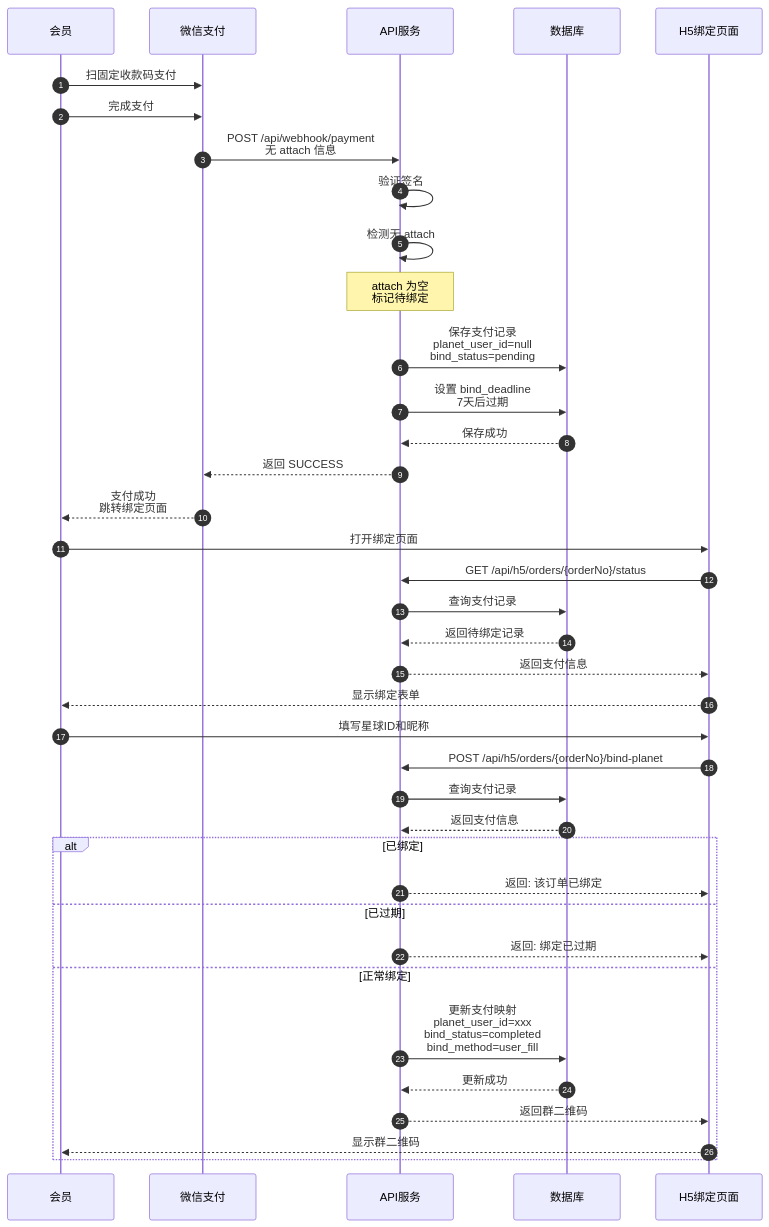
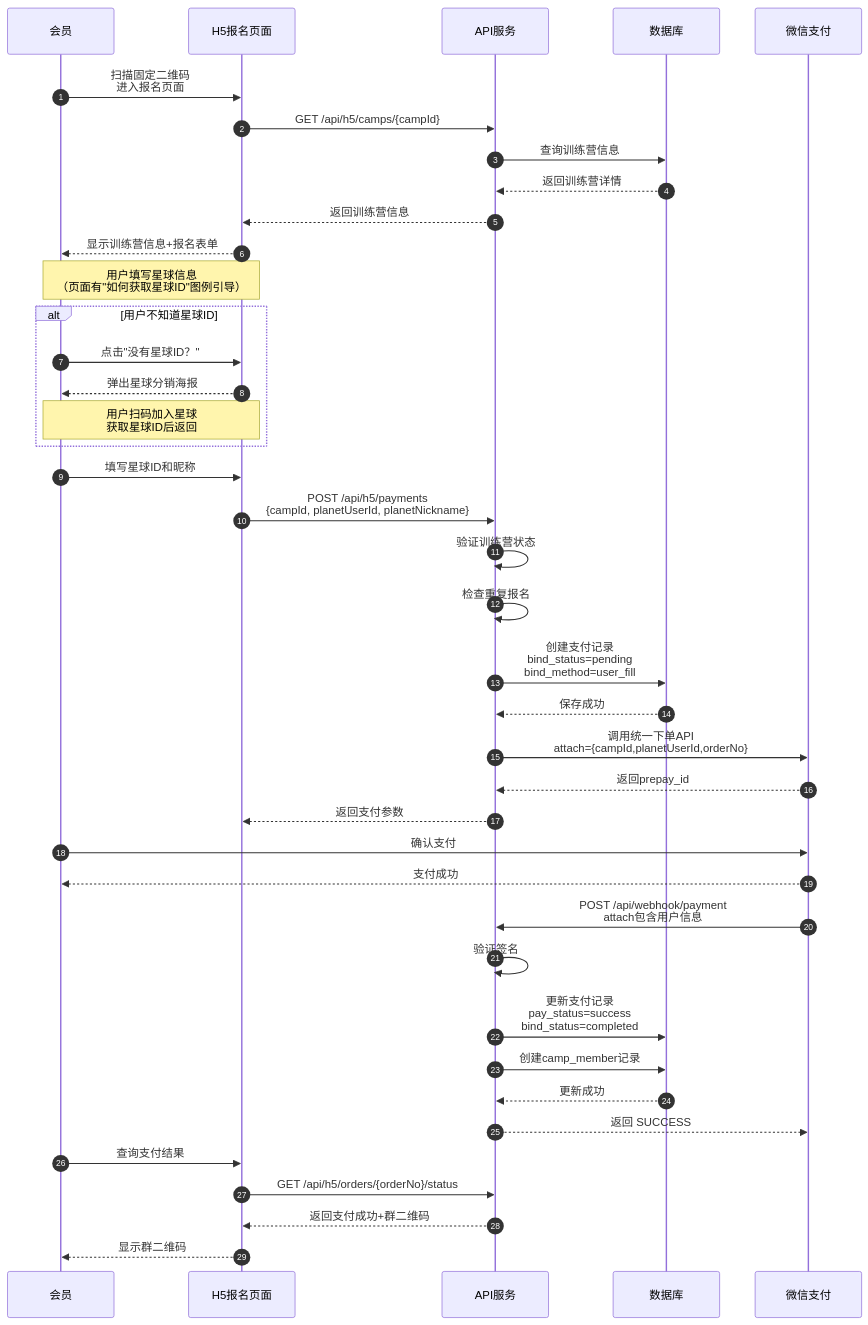
Before and after one commit to yiancode/AutoDepositRefundAgent: the first of 12 diagrams in docs/v1/diagrams/时序图.md, drawn with Mermaid. The commit also changed other lines of this file and 3 other files, not shown here.

````diff
--- a/docs/v1/diagrams/时序图.md
+++ b/docs/v1/diagrams/时序图.md
@@ -17,45 +20,49 @@
 ```mermaid
 sequenceDiagram
     autonumber
     participant M as 会员
-    participant WX as 微信支付
+    participant H5 as H5报名页面
     participant API as API服务
     participant DB as 数据库
-    participant H5 as H5绑定页面
+    participant WX as 微信支付
 
-    M->>WX: 扫固定收款码支付
-    M->>WX: 完成支付
-    WX->>API: POST /api/webhook/payment<br/>无 attach 信息
+    M->>H5: 扫描固定二维码<br/>进入报名页面
+    H5->>API: GET /api/h5/camps/{campId}
+    API->>DB: 查询训练营信息
+    DB-->>API: 返回训练营详情
+    API-->>H5: 返回训练营信息
+    H5-->>M: 显示训练营信息+报名表单
+
+    Note over M,H5: 用户填写星球信息<br/>（页面有"如何获取星球ID"图例引导）
+
+    alt 用户不知道星球ID
+        M->>H5: 点击"没有星球ID？"
+        H5-->>M: 弹出星球分销海报
+        Note over M,H5: 用户扫码加入星球<br/>获取星球ID后返回
+    end
+
+    M->>H5: 填写星球ID和昵称
+    H5->>API: POST /api/h5/payments<br/>{campId, planetUserId, planetNickname}
+    API->>API: 验证训练营状态
+    API->>API: 检查重复报名
+    API->>DB: 创建支付记录<br/>bind_status=pending<br/>bind_method=user_fill
+    DB-->>API: 保存成功
+    API->>WX: 调用统一下单API<br/>attach={campId,planetUserId,orderNo}
+    WX-->>API: 返回prepay_id
+    API-->>H5: 返回支付参数
+
+    M->>WX: 确认支付
+    WX-->>M: 支付成功
+
+    WX->>API: POST /api/webhook/payment<br/>attach包含用户信息
     API->>API: 验证签名
-    API->>API: 检测无 attach
-    Note over API: attach 为空<br/>标记待绑定
-
-    API->>DB: 保存支付记录<br/>planet_user_id=null<br/>bind_status=pending
-    API->>DB: 设置 bind_deadline<br/>7天后过期
-    DB-->>API: 保存成功
+    API->>DB: 更新支付记录<br/>pay_status=success<br/>bind_status=completed
+    API->>DB: 创建camp_member记录
+    DB-->>API: 更新成功
     API-->>WX: 返回 SUCCESS
 
-    WX-->>M: 支付成功<br/>跳转绑定页面
-    M->>H5: 打开绑定页面
+    M->>H5: 查询支付结果
     H5->>API: GET /api/h5/orders/{orderNo}/status
-    API->>DB: 查询支付记录
-    DB-->>API: 返回待绑定记录
-    API-->>H5: 返回支付信息
-    H5-->>M: 显示绑定表单
-
-    M->>H5: 填写星球ID和昵称
-    H5->>API: POST /api/h5/orders/{orderNo}/bind-planet
-    API->>DB: 查询支付记录
-    DB-->>API: 返回支付信息
-
-    alt 已绑定
-        API-->>H5: 返回: 该订单已绑定
-    else 已过期
-        API-->>H5: 返回: 绑定已过期
-    else 正常绑定
-        API->>DB: 更新支付映射<br/>planet_user_id=xxx<br/>bind_status=completed<br/>bind_method=user_fill
-        DB-->>API: 更新成功
-        API-->>H5: 返回群二维码
-        H5-->>M: 显示群二维码
-    end
+    API-->>H5: 返回支付成功+群二维码
+    H5-->>M: 显示群二维码
 ```
````
